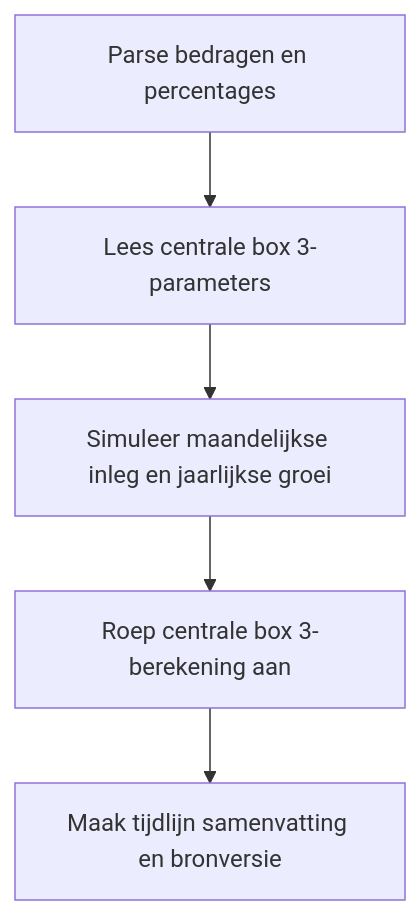
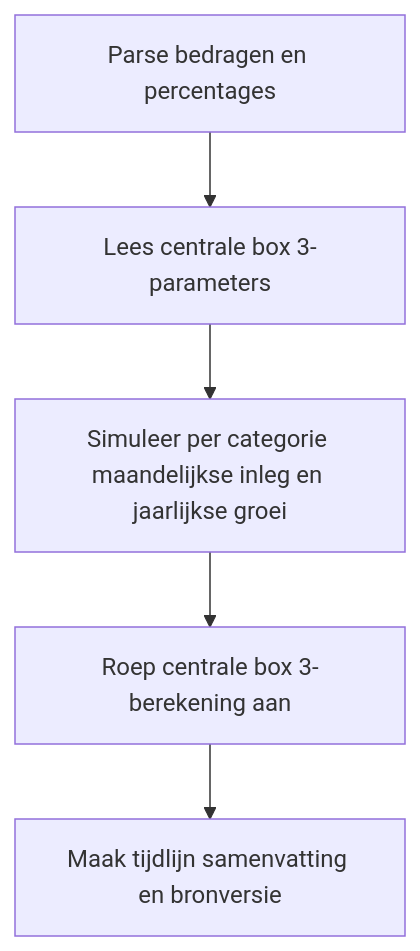
The third of 3 diagrams in apps/prive-beleggen-eindvermogen/PROCESS.md (oli4vos/tooling-site), drawn with Mermaid before and after one commit. The commit also changed other lines of this file and 2 other files, not shown here.

````diff
--- a/apps/prive-beleggen-eindvermogen/PROCESS.md
+++ b/apps/prive-beleggen-eindvermogen/PROCESS.md
@@ -55,7 +57,7 @@
 ```mermaid
 flowchart TD
   A[Parse bedragen en percentages] --> B[Lees centrale box 3-parameters]
-  B --> C[Simuleer maandelijkse inleg en jaarlijkse groei]
+  B --> C[Simuleer per categorie maandelijkse inleg en jaarlijkse groei]
   C --> D[Roep centrale box 3-berekening aan]
   D --> E[Maak tijdlijn samenvatting en bronversie]
 ```
````
